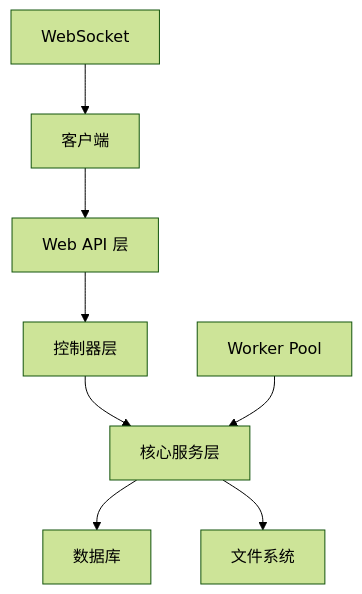
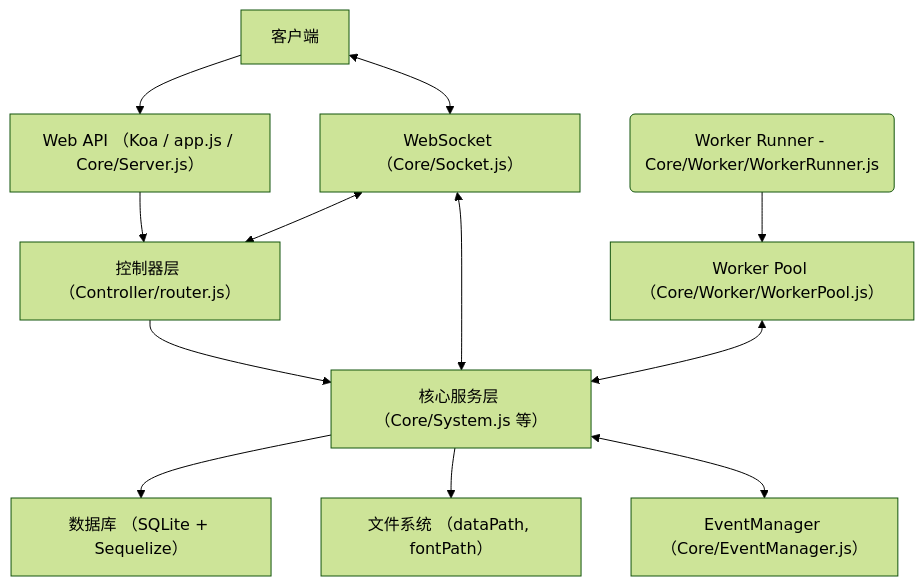
Before and after one commit to EbookWorkshop/Api: the diagram in Readme.md, drawn with Mermaid (forest theme). The commit also changed other lines of this file and 2 other files, not shown here.

Commit message:
系统信息接口加入操作系统相关数据

````diff
--- a/Readme.md
+++ b/Readme.md
@@ -27,10 +29,14 @@
 ```mermaid
 graph TD
-    A[客户端] --> B[Web API 层]
-    B --> C[控制器层]
-    C --> D[核心服务层]
-    D --> E[数据库]
-    D --> F[文件系统]
-    G[WebSocket] --> A
-    H[Worker Pool] --> D
+   A[客户端] --> B[Web API （Koa / app.js / Core/Server.js）]
+   B --> C[控制器层 （Controller/router.js）]
+   C --> D[核心服务层 （Core/System.js 等）]
+   D --> E[数据库 （SQLite + Sequelize）]
+   D --> F[文件系统 （dataPath, fontPath）]
+   A <--> G[WebSocket （Core/Socket.js）]
+   G <--> C
+   G <--> D
+   D <--> J[EventManager （Core/EventManager.js）]
+   H[Worker Pool （Core/Worker/WorkerPool.js）] <--> D
+   I(Worker Runner - Core/Worker/WorkerRunner.js) --> H
 ```
````
